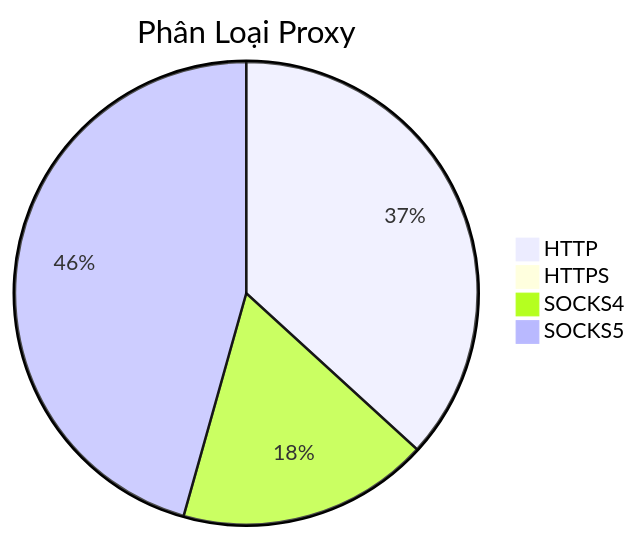
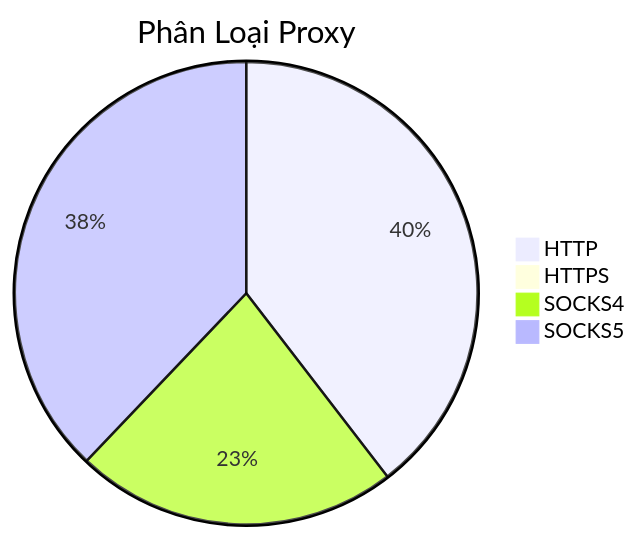
The diagram in README.md (Ciara-Aa/PROXY-free), drawn with Mermaid before and after one commit. The commit also changed other lines of this file and 4 other files, not shown here.

````diff
--- a/README.md
+++ b/README.md
@@ -26,7 +26,7 @@
 ```mermaid
 pie title Phân Loại Proxy
-    "HTTP" : 632
+    "HTTP" : 570
     "HTTPS" : 1
-    "SOCKS4" : 302
-    "SOCKS5" : 784
+    "SOCKS4" : 325
+    "SOCKS5" : 546
 ```
````
